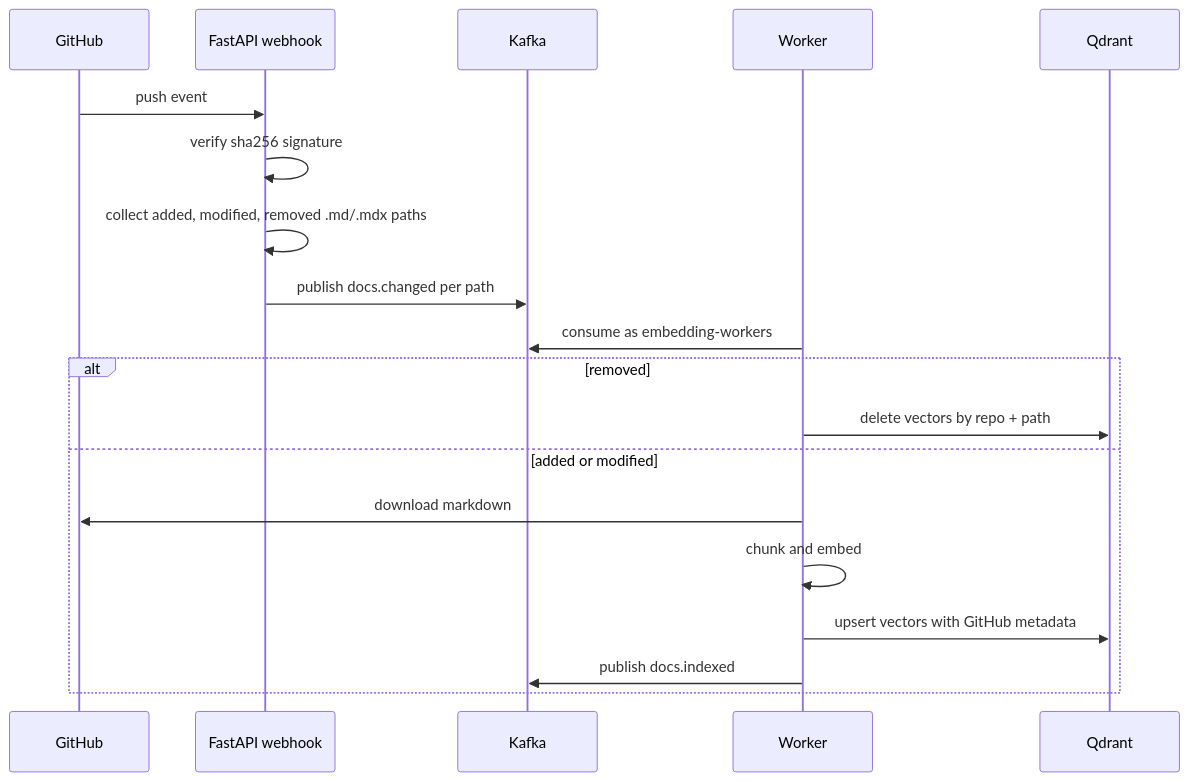
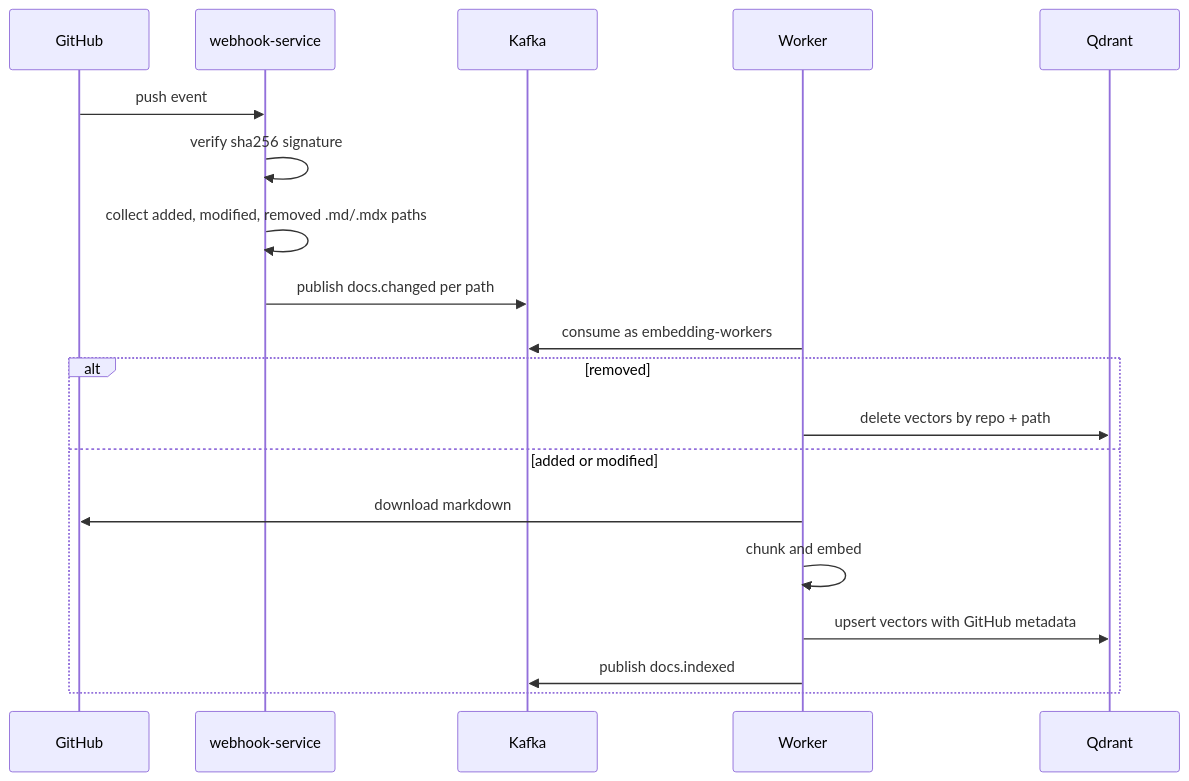
One commit to sameeralam3127/llm-dev-kit changed the second of 2 diagrams in docs/github-doc-sync.md. Above: the diagram before and after it, drawn with Mermaid. The commit also changed other lines of this file and 91 other files, not shown here.

````diff
--- a/docs/github-doc-sync.md
+++ b/docs/github-doc-sync.md
@@ -21,22 +21,22 @@
 ```mermaid
 sequenceDiagram
     participant GitHub
-    participant API as FastAPI webhook
+    participant API as webhook-service
     participant Kafka
     participant Worker
     participant Qdrant
 
     GitHub->>API: push event
     API->>API: verify sha256 signature
     API->>API: collect added, modified, removed .md/.mdx paths
     API->>Kafka: publish docs.changed per path
     Worker->>Kafka: consume as embedding-workers
     alt removed
         Worker->>Qdrant: delete vectors by repo + path
     else added or modified
         Worker->>GitHub: download markdown
         Worker->>Worker: chunk and embed
         Worker->>Qdrant: upsert vectors with GitHub metadata
         Worker->>Kafka: publish docs.indexed
     end
 ```
````
